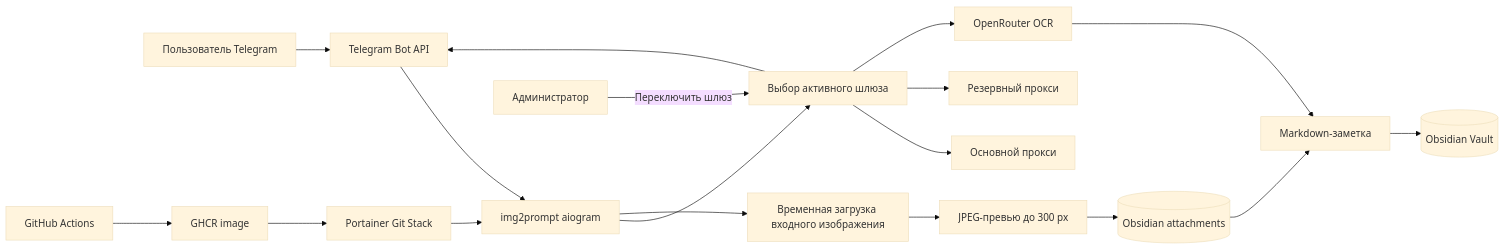
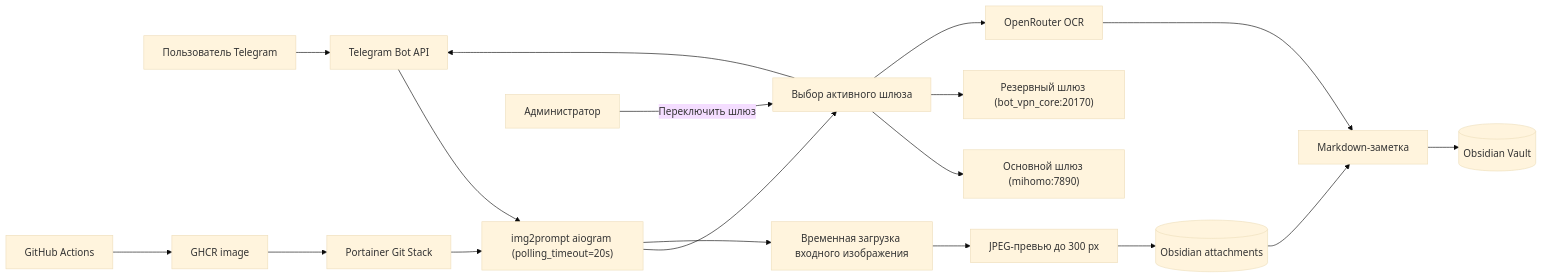
Before and after one commit to lstunn25ai/img2prompt: the diagram in docs/architecture/project-graph.mmd, drawn with Mermaid (base theme). The commit also changed 1 other file, not shown here.

Commit message:
docs: update PROJECT_LOG and architecture graph with session 5 heartbeat fix

```diff
--- a/docs/architecture/project-graph.mmd
+++ b/docs/architecture/project-graph.mmd
@@ -1,21 +1,21 @@
 flowchart LR
     user[Пользователь Telegram] --> telegram[Telegram Bot API]
-    telegram --> bot[img2prompt aiogram]
+    telegram --> bot["img2prompt aiogram (polling_timeout=20s)"]
 
     admin[Администратор] -->|Переключить шлюз| selector[Выбор активного шлюза]
     bot --> selector
-    selector --> primary[Основной прокси]
-    selector --> reserve[Резервный прокси]
+    selector --> primary["Основной шлюз (mihomo:7890)"]
+    selector --> reserve["Резервный шлюз (bot_vpn_core:20170)"]
     selector --> telegram
     selector --> ocr[OpenRouter OCR]
 
     bot --> incoming[Временная загрузка входного изображения]
     incoming --> preview[JPEG-превью до 300 px]
     ocr --> markdown[Markdown-заметка]
     preview --> attachments[(Obsidian attachments)]
     markdown --> vault[(Obsidian Vault)]
     attachments --> markdown
 
     ci[GitHub Actions] --> ghcr[GHCR image]
     ghcr --> portainer[Portainer Git Stack]
     portainer --> bot
```
